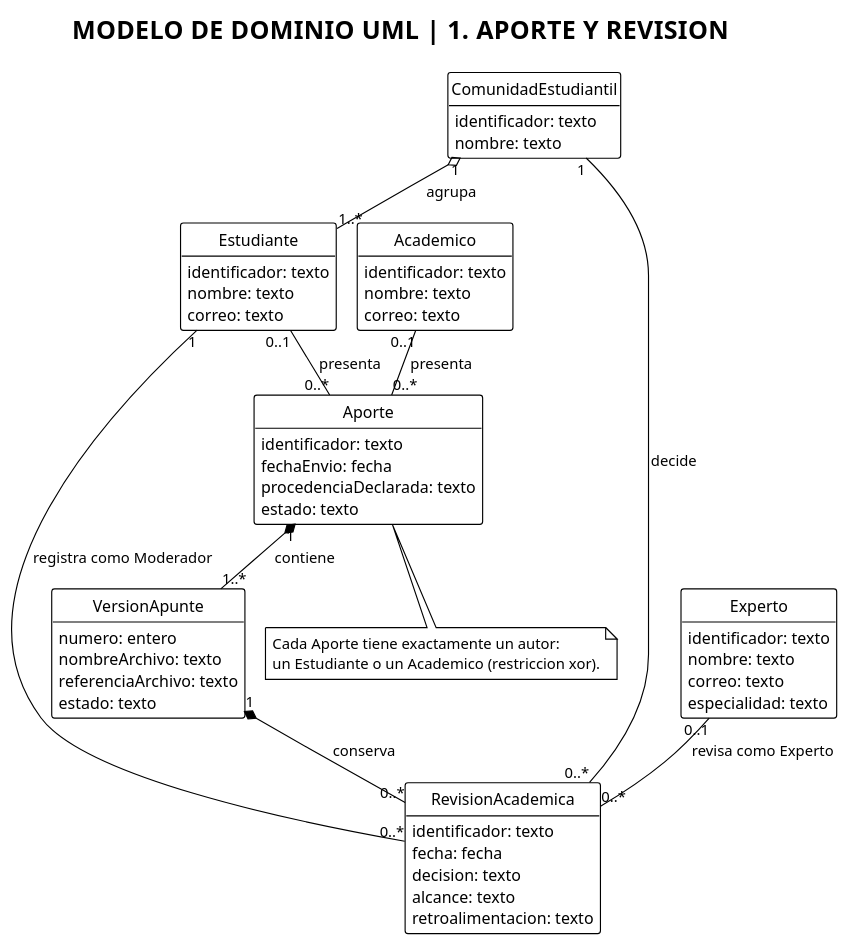
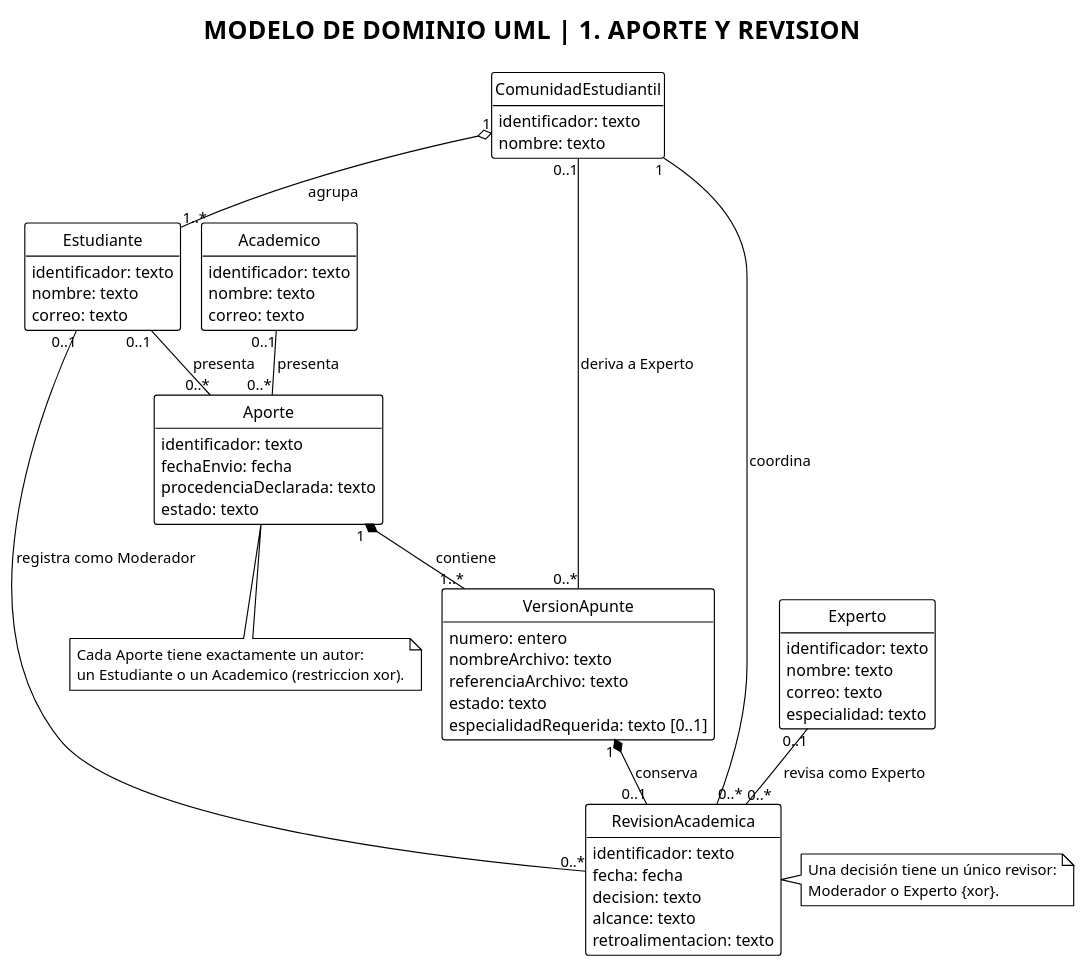
The diagram in diagramas/modelo-dominio.puml (mapacheCorps/entrega), drawn with PlantUML before and after one commit. The commit also changed 40 other files, not shown here.

```diff
--- a/diagramas/modelo-dominio.puml
+++ b/diagramas/modelo-dominio.puml
@@ -1,69 +1,76 @@
 @startuml
 !pragma layout smetana
 !theme plain
 skinparam shadowing false
 skinparam classAttributeIconSize 0
 hide methods
 hide circle
 title MODELO DE DOMINIO UML  |  1. APORTE Y REVISION
 
 class ComunidadEstudiantil {
   identificador: texto
   nombre: texto
 }
 
 class Estudiante {
   identificador: texto
   nombre: texto
   correo: texto
 }
 
 class Academico {
   identificador: texto
   nombre: texto
   correo: texto
 }
 
 class Experto {
   identificador: texto
   nombre: texto
   correo: texto
   especialidad: texto
 }
 
 class Aporte {
   identificador: texto
   fechaEnvio: fecha
   procedenciaDeclarada: texto
   estado: texto
 }
 
 class VersionApunte {
   numero: entero
   nombreArchivo: texto
   referenciaArchivo: texto
   estado: texto
+  especialidadRequerida: texto [0..1]
 }
 
 class RevisionAcademica {
   identificador: texto
   fecha: fecha
   decision: texto
   alcance: texto
   retroalimentacion: texto
 }
 
 ComunidadEstudiantil "1" o-- "1..*" Estudiante : agrupa
 Estudiante "0..1" -- "0..*" Aporte : presenta
 Academico "0..1" -- "0..*" Aporte : presenta
 Aporte "1" *-- "1..*" VersionApunte : contiene
-VersionApunte "1" *-- "0..*" RevisionAcademica : conserva
-ComunidadEstudiantil "1" -- "0..*" RevisionAcademica : decide
-Estudiante "1" -- "0..*" RevisionAcademica : registra como Moderador
+VersionApunte "1" *-- "0..1" RevisionAcademica : conserva
+ComunidadEstudiantil "1" -- "0..*" RevisionAcademica : coordina
+Estudiante "0..1" -- "0..*" RevisionAcademica : registra como Moderador
 Experto "0..1" -- "0..*" RevisionAcademica : revisa como Experto
+ComunidadEstudiantil "0..1" -- "0..*" VersionApunte : deriva a Experto
+
+note right of RevisionAcademica
+  Una decisión tiene un único revisor:
+  Moderador o Experto {xor}.
+end note
 
 note bottom of Aporte
   Cada Aporte tiene exactamente un autor:
   un Estudiante o un Academico (restriccion xor).
 end note
 @enduml
```
